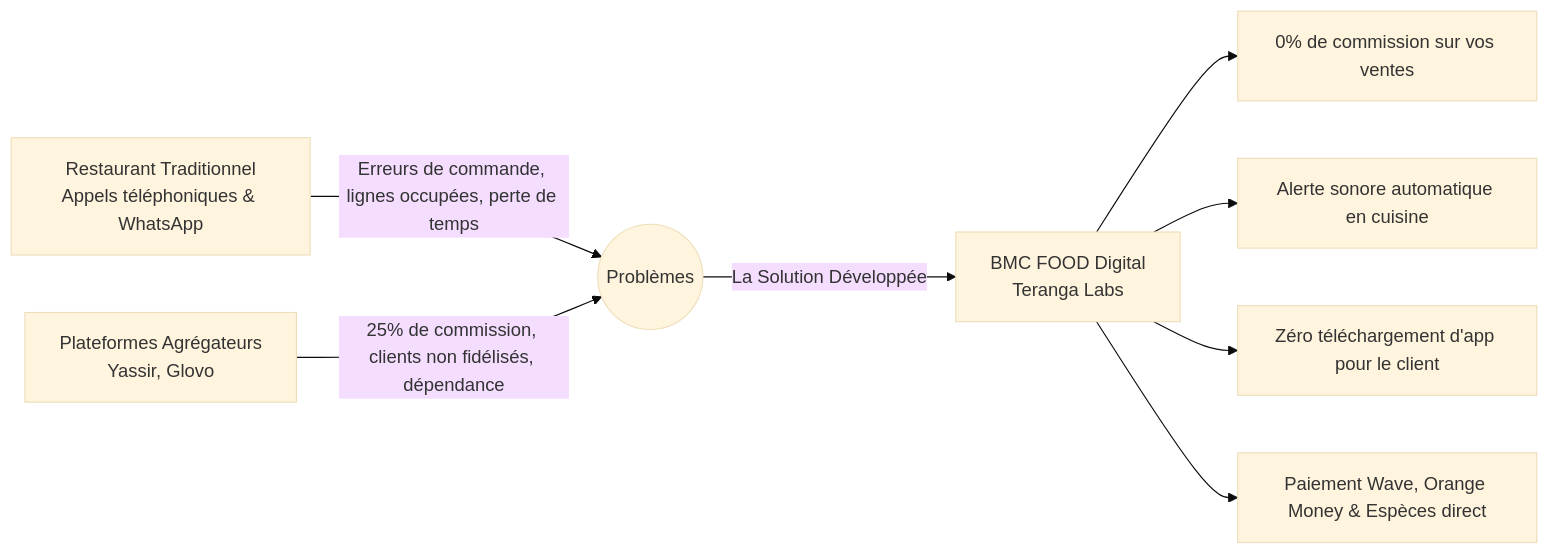
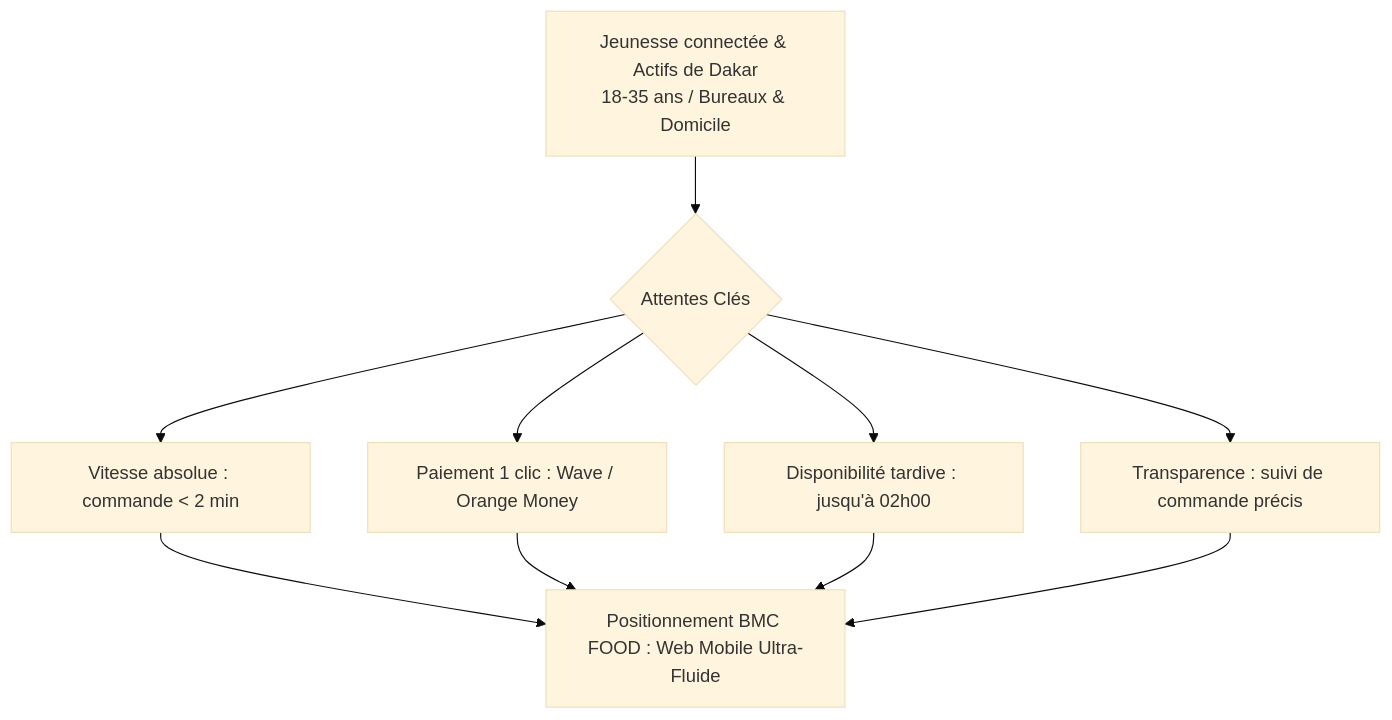
The first of 6 diagrams in docs/benchmark_et_inspirations_bmc.md (lansanacoly7/BMC_FOOD), drawn with Mermaid (base theme) before and after one commit. The commit also changed other lines of this file, not shown here.

Commit message:
docs: etude approfondie de benchmark concurrentiel Dakar 2024-2026, mobile money et standards UX/KDS

````diff
--- a/docs/benchmark_et_inspirations_bmc.md
+++ b/docs/benchmark_et_inspirations_bmc.md
@@ -84,11 +28,10 @@
 ```mermaid
-graph LR
-    A[Restaurant Traditionnel<br>Appels téléphoniques & WhatsApp] -->|Erreurs de commande, lignes occupées, perte de temps| B((Problèmes))
-    C[Plateformes Agrégateurs<br>Yassir, Glovo] -->|25% de commission, clients non fidélisés, dépendance| B
+flowchart TD
+    A[Jeunesse connectée & Actifs de Dakar<br>18-35 ans / Bureaux & Domicile] --> B{Attentes Clés}
+    B --> C[Vitesse absolue : commande < 2 min]
+    B --> D[Paiement 1 clic : Wave / Orange Money]
+    B --> E[Disponibilité tardive : jusqu'à 02h00]
+    B --> F[Transparence : suivi de commande précis]
     
-    B -->|La Solution Développée| D[BMC FOOD Digital<br>Teranga Labs]
-    D --> E[0% de commission sur vos ventes]
-    D --> F[Alerte sonore automatique en cuisine]
-    D --> G[Zéro téléchargement d'app pour le client]
-    D --> H[Paiement Wave, Orange Money & Espèces direct]
+    C & D & E & F --> G[Positionnement BMC FOOD : Web Mobile Ultra-Fluide]
 ```
````
